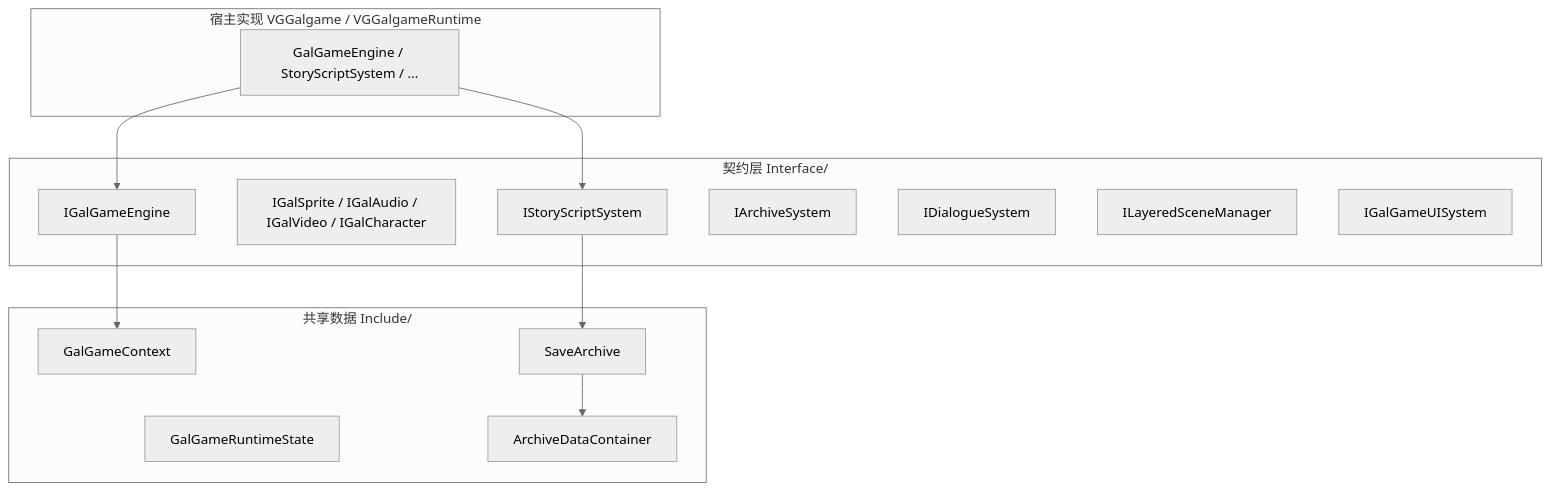
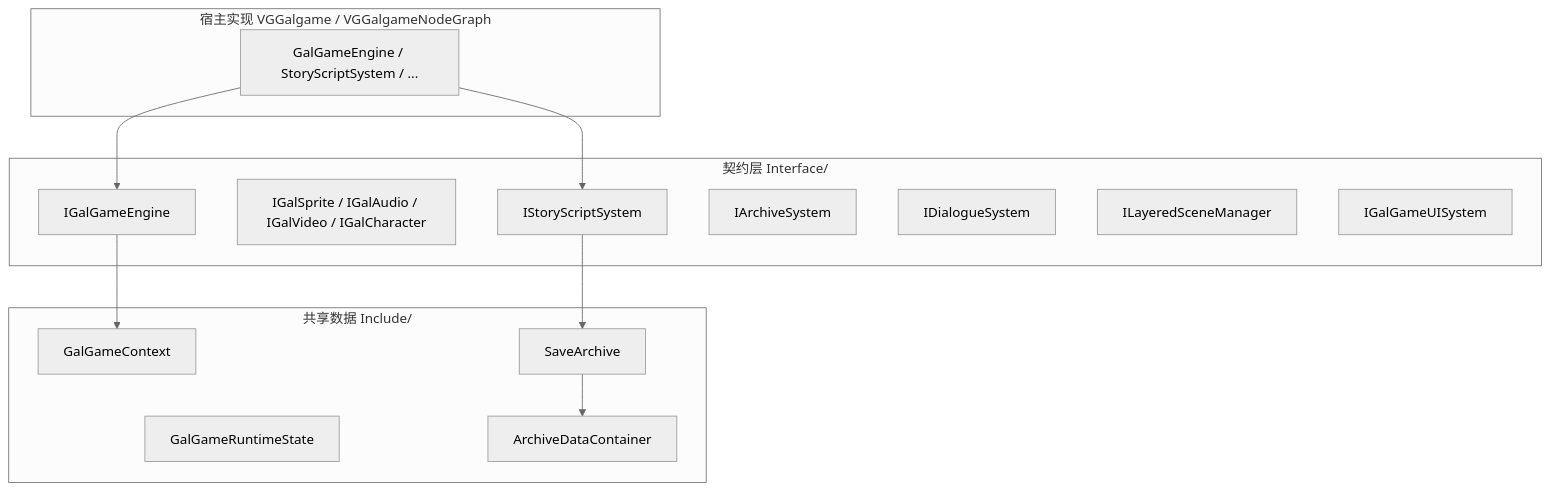
The diagram in Engine/Source/Runtime/VGGalgameCore/Docs/MODULE_ARCHITECTURE_AND_PROGRESS.md (DarlingZeroX/Neverness), drawn with Mermaid (neutral theme) before and after one commit. The commit also changed other lines of this file and 46 other files, not shown here.

````diff
--- a/Engine/Source/Runtime/VGGalgameCore/Docs/MODULE_ARCHITECTURE_AND_PROGRESS.md
+++ b/Engine/Source/Runtime/VGGalgameCore/Docs/MODULE_ARCHITECTURE_AND_PROGRESS.md
@@ -64,29 +66,29 @@
 ```mermaid
 flowchart TB
   subgraph Contracts["契约层 Interface/"]
     IGE[IGalGameEngine]
     IGO[IGalSprite / IGalAudio / IGalVideo / IGalCharacter]
     ISS[IStoryScriptSystem]
     IARCH[IArchiveSystem]
     IDLG[IDialogueSystem]
     ILAY[ILayeredSceneManager]
     IUI[IGalGameUISystem]
   end
 
   subgraph Data["共享数据 Include/"]
     CTX[GalGameContext]
     RST[GalGameRuntimeState]
     SAV[SaveArchive]
     ADC[ArchiveDataContainer]
   end
 
-  subgraph Host["宿主实现 VGGalgame / VGGalgameRuntime"]
+  subgraph Host["宿主实现 VGGalgame / VGGalgameNodeGraph"]
     IMPL[GalGameEngine / StoryScriptSystem / ...]
   end
 
   IGE --> CTX
   ISS --> SAV
   SAV --> ADC
   IMPL --> IGE
   IMPL --> ISS
 ```
````
